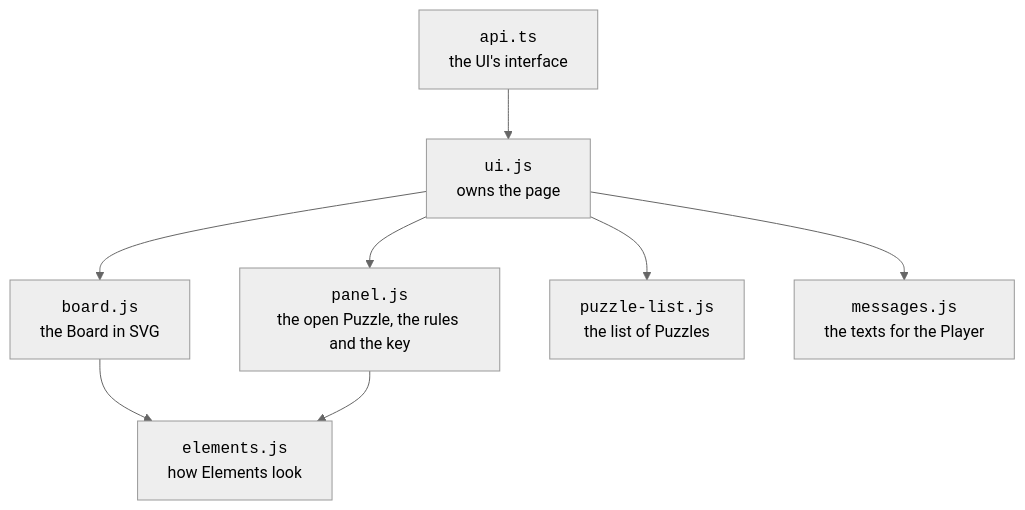
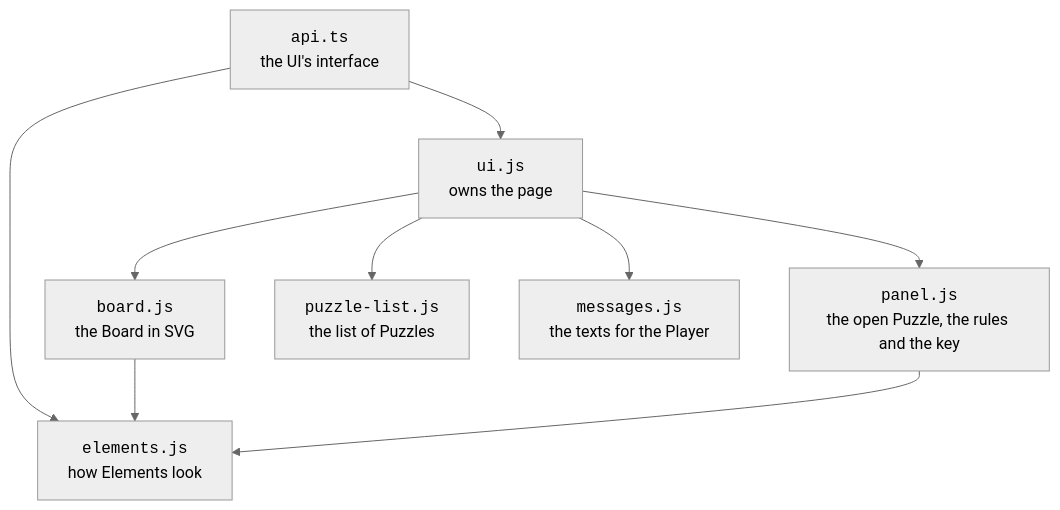
The first of 2 diagrams in docs/architecture.md (treetopbottle/molecuzzle), drawn with Mermaid (neutral theme) before and after one commit. The commit also changed other lines of this file and 1 other file, not shown here.

Commit message:
fix: the import test finds an import whose braces hold a comment, and import() with a comment or a template literal, and tests each kind on fixed text; the architecture draws ui/api.ts's import and names browser.ts's check (review of step 5 of plan 10)

````diff
--- a/docs/architecture.md
+++ b/docs/architecture.md
@@ -21,18 +21,19 @@
 ```mermaid
 flowchart TD
   api["<code>api.ts</code><br/>the UI's interface"]
   uijs["<code>ui.js</code><br/>owns the page"]
   board["<code>board.js</code><br/>the Board in SVG"]
   panel["<code>panel.js</code><br/>the open Puzzle, the rules and the key"]
   list["<code>puzzle-list.js</code><br/>the list of Puzzles"]
   messages["<code>messages.js</code><br/>the texts for the Player"]
   looks["<code>elements.js</code><br/>how Elements look"]
 
   api --> uijs
+  api --> looks
   uijs --> board
   uijs --> panel
   uijs --> list
   uijs --> messages
   board --> looks
   panel --> looks
 ```
````
